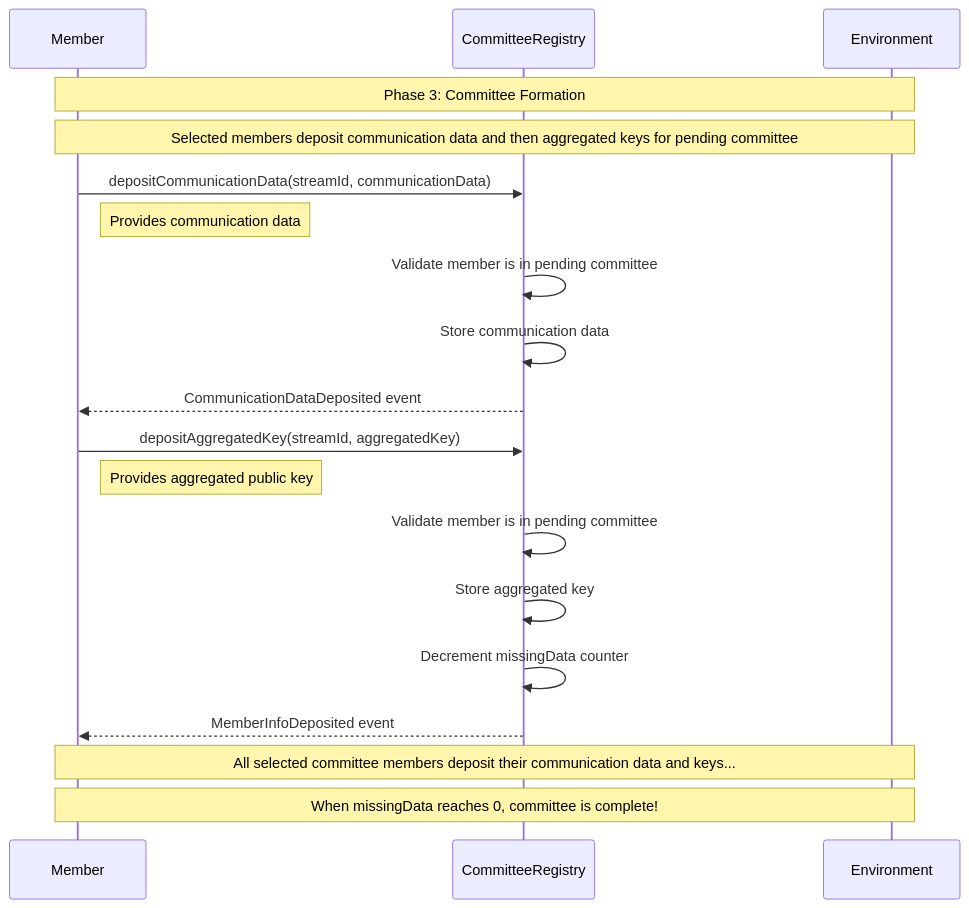
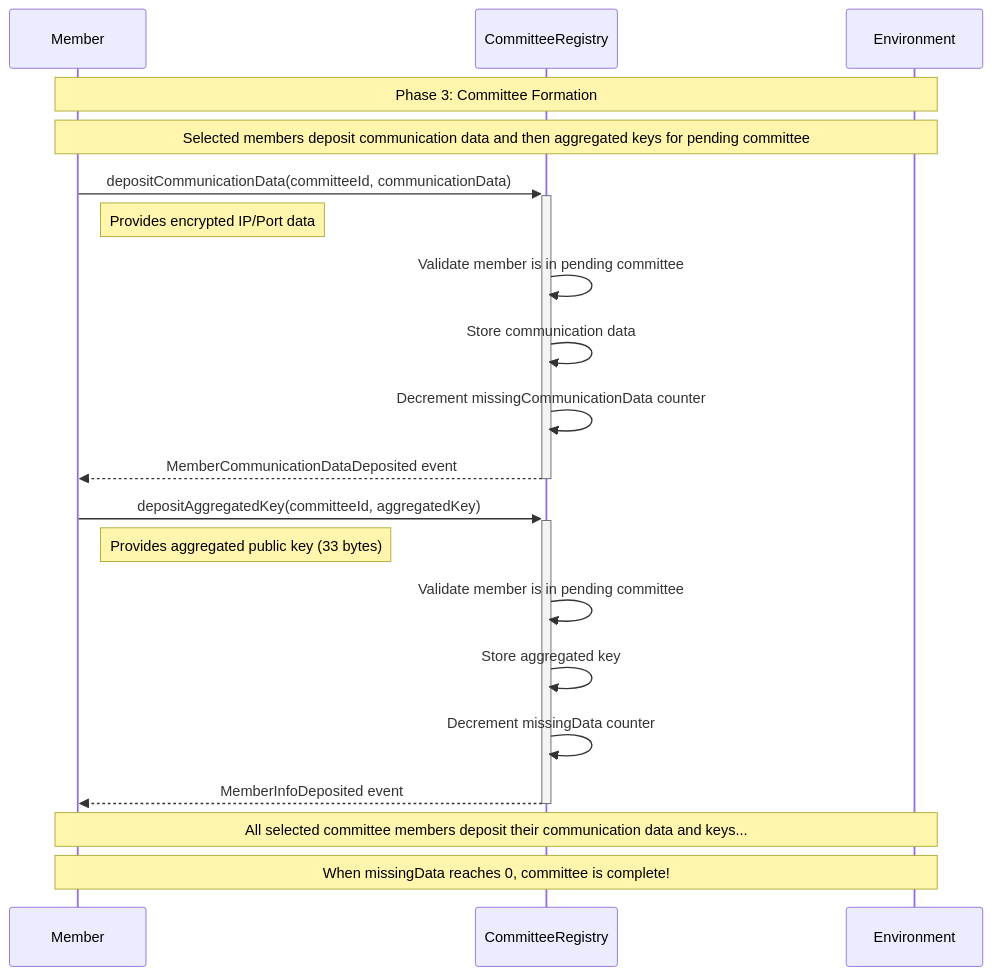
Before and after one commit to rsksmart/union-bridge-contracts: the third of 12 diagrams in docs/src/README.md, drawn with Mermaid. The commit also changed other lines of this file and 95 other files, not shown here.

````diff
--- a/docs/src/README.md
+++ b/docs/src/README.md
@@ -100,25 +375,26 @@
 ```mermaid
 sequenceDiagram
     participant M as Member
     participant CR as CommitteeRegistry
     participant ENV as Environment
 
     Note over M,ENV: Phase 3: Committee Formation
     Note over M,ENV: Selected members deposit communication data and then aggregated keys for pending committee
 
-    M->>CR: depositCommunicationData(streamId, communicationData)
-    Note right of M: Provides communication data
+    M->>+CR: depositCommunicationData(committeeId, communicationData)
+    Note right of M: Provides encrypted IP/Port data
     CR->>CR: Validate member is in pending committee
     CR->>CR: Store communication data
-    CR-->>M: CommunicationDataDeposited event
+    CR->>CR: Decrement missingCommunicationData counter
+    CR-->>-M: MemberCommunicationDataDeposited event
 
-    M->>CR: depositAggregatedKey(streamId, aggregatedKey)
-    Note right of M: Provides aggregated public key
+    M->>+CR: depositAggregatedKey(committeeId, aggregatedKey)
+    Note right of M: Provides aggregated public key (33 bytes)
     CR->>CR: Validate member is in pending committee
     CR->>CR: Store aggregated key
     CR->>CR: Decrement missingData counter
-    CR-->>M: MemberInfoDeposited event
+    CR-->>-M: MemberInfoDeposited event
 
     Note over M,ENV: All selected committee members deposit their communication data and keys...
     Note over M,ENV: When missingData reaches 0, committee is complete!
 ```
````
